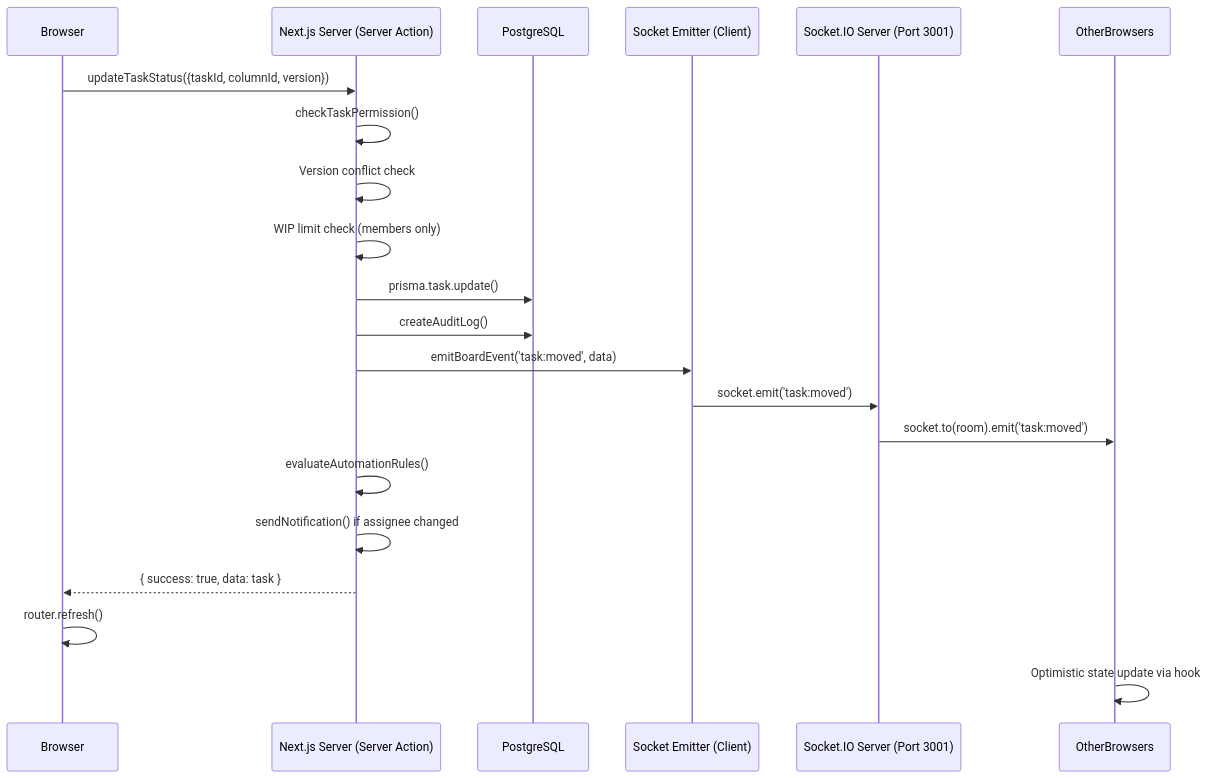
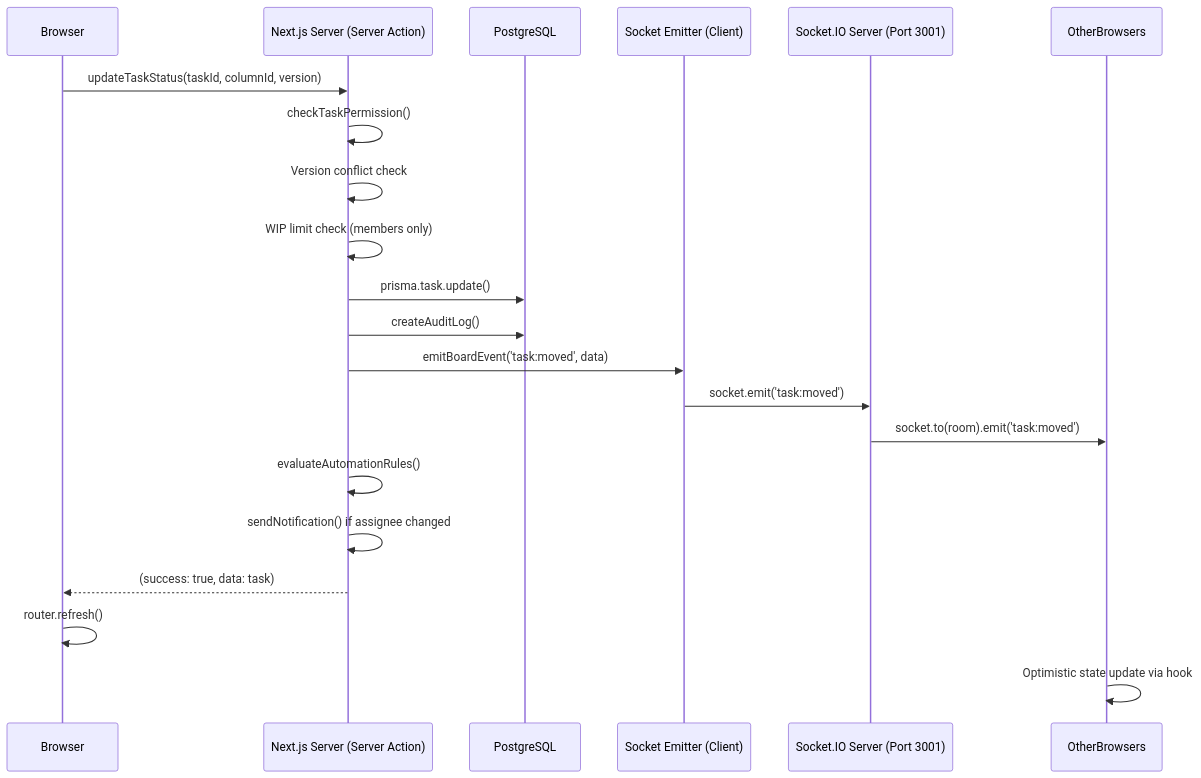
The third of 5 diagrams in docs/01-system-architecture.md (asefahmed500/Smart-Task-App_IIT_DU_Final_Project), drawn with Mermaid before and after one commit. The commit also changed other lines of this file and 9 other files, not shown here.

Commit message:
fix: update AGENTS.md with Vercel deployment notes and additional mermaid cleanups

````diff
--- a/docs/01-system-architecture.md
+++ b/docs/01-system-architecture.md
@@ -206,24 +206,24 @@
 ```mermaid
 sequenceDiagram
     participant Browser
     participant NextJS as Next.js Server (Server Action)
     participant DB as PostgreSQL
     participant Emitter as Socket Emitter (Client)
     participant SocketSrv as Socket.IO Server (Port 3001)
     participant OtherBrowsers
 
-    Browser->>NextJS: updateTaskStatus({taskId, columnId, version})
+    Browser->>NextJS: updateTaskStatus(taskId, columnId, version)
     NextJS->>NextJS: checkTaskPermission()
     NextJS->>NextJS: Version conflict check
     NextJS->>NextJS: WIP limit check (members only)
     NextJS->>DB: prisma.task.update()
     NextJS->>DB: createAuditLog()
     NextJS->>Emitter: emitBoardEvent('task:moved', data)
     Emitter->>SocketSrv: socket.emit('task:moved')
     SocketSrv->>OtherBrowsers: socket.to(room).emit('task:moved')
     NextJS->>NextJS: evaluateAutomationRules()
     NextJS->>NextJS: sendNotification() if assignee changed
-    NextJS-->>Browser: { success: true, data: task }
+    NextJS-->>Browser: (success: true, data: task)
     Browser->>Browser: router.refresh()
     OtherBrowsers->>OtherBrowsers: Optimistic state update via hook
 ```
````
